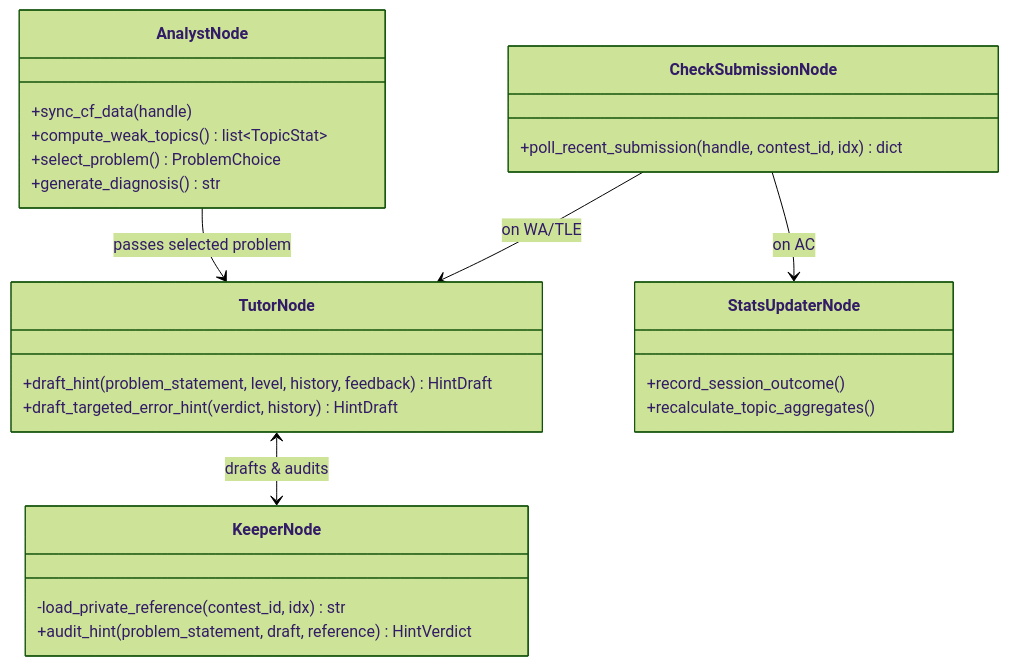
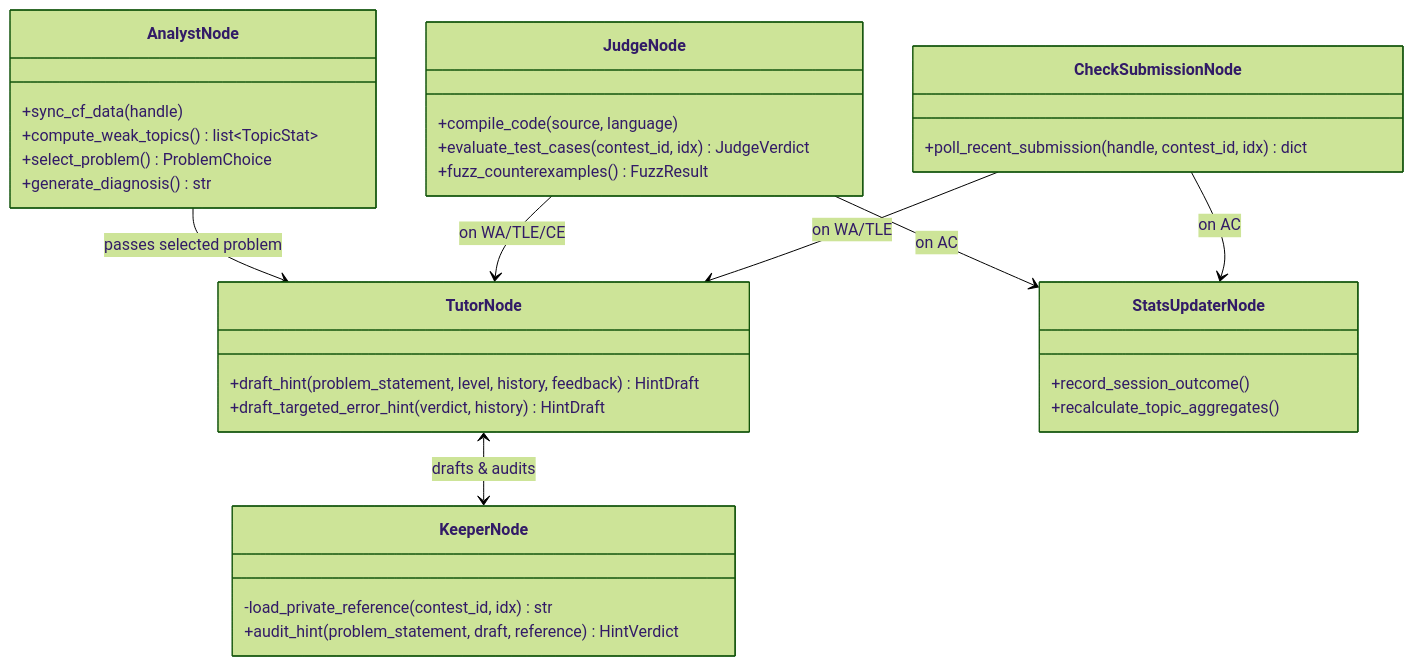
Before and after one commit to aviraltrip/Son-of-Aviral-CP-Coach: the second of 3 diagrams in ARCHITECTURE.md, drawn with Mermaid (forest theme). The commit also changed other lines of this file and 2 other files, not shown here.

Commit message:
docs: document Phase 8 sandbox code judge and differential fuzzer

````diff
--- a/ARCHITECTURE.md
+++ b/ARCHITECTURE.md
@@ -48,33 +53,41 @@
 ```mermaid
 classDiagram
     class AnalystNode {
         +sync_cf_data(handle)
         +compute_weak_topics() list~TopicStat~
         +select_problem() ProblemChoice
         +generate_diagnosis() str
     }
 
     class TutorNode {
         +draft_hint(problem_statement, level, history, feedback) HintDraft
         +draft_targeted_error_hint(verdict, history) HintDraft
     }
 
     class KeeperNode {
         -load_private_reference(contest_id, idx) str
         +audit_hint(problem_statement, draft, reference) HintVerdict
     }
 
+    class JudgeNode {
+        +compile_code(source, language)
+        +evaluate_test_cases(contest_id, idx) JudgeVerdict
+        +fuzz_counterexamples() FuzzResult
+    }
+
     class CheckSubmissionNode {
         +poll_recent_submission(handle, contest_id, idx) dict
     }
 
     class StatsUpdaterNode {
         +record_session_outcome()
         +recalculate_topic_aggregates()
     }
 
     AnalystNode --> TutorNode : passes selected problem
     TutorNode <--> KeeperNode : drafts & audits
+    JudgeNode --> StatsUpdaterNode : on AC
+    JudgeNode --> TutorNode : on WA/TLE/CE
     CheckSubmissionNode --> StatsUpdaterNode : on AC
     CheckSubmissionNode --> TutorNode : on WA/TLE
 ```
````
